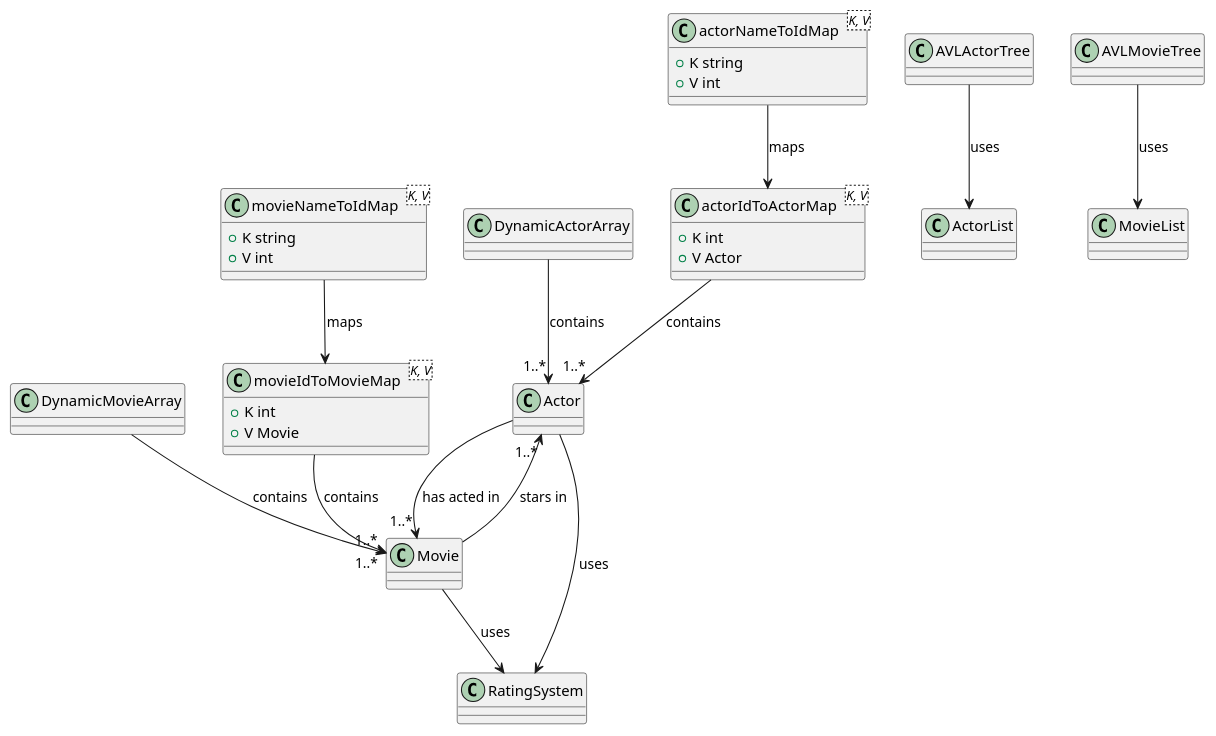
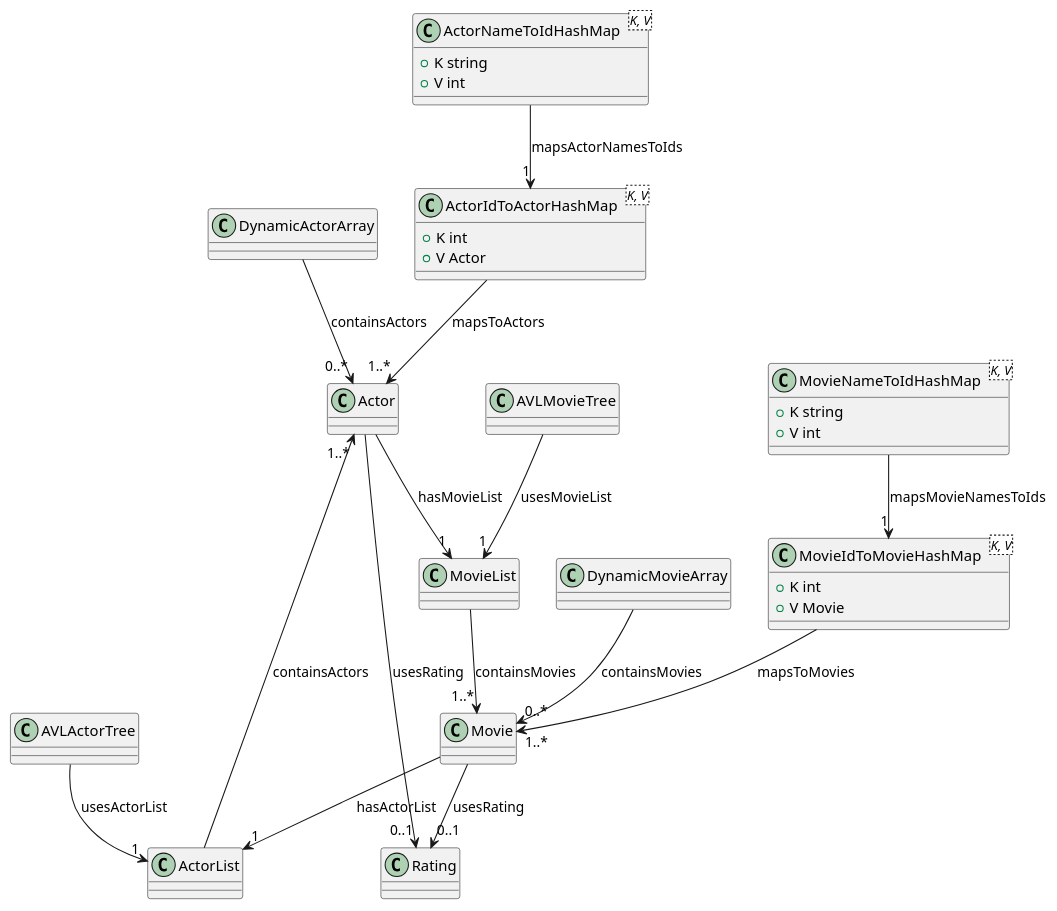
Before and after one commit to tevelsho/np-dsa: the diagram in puml/diagram.puml, drawn with PlantUML. The commit also changed 2 other files, not shown here.

```diff
--- a/puml/diagram.puml
+++ b/puml/diagram.puml
@@ -1,65 +1,68 @@
 @startuml
 
 ' ==============================
 ' Core Entities
 ' ==============================
 class Actor { }
 class Movie { }
-class RatingSystem { }
+class Rating { }
 
 ' ==============================
 ' Lists and Dynamic Arrays
 ' ==============================
 class ActorList { }
 class MovieList { }
 class DynamicActorArray { }
 class DynamicMovieArray { }
 
 ' ==============================
 ' AVL Trees
 ' ==============================
 class AVLActorTree { }
 class AVLMovieTree { }
 
 ' ==============================
-' Dictionary Mappings
+' HashMap Mappings
 ' ==============================
-class actorIdToActorMap<K, V> {
+class ActorNameToIdHashMap<K, V> {
+    + K string
+    + V int
+}
+class ActorIdToActorHashMap<K, V> {
     + K int
     + V Actor
 }
-class actorNameToIdMap<K, V> {
+class MovieNameToIdHashMap<K, V> {
     + K string
     + V int
 }
-class movieIdToMovieMap<K, V> {
+class MovieIdToMovieHashMap<K, V> {
     + K int
     + V Movie
-}
-class movieNameToIdMap<K, V> {
-    + K string
-    + V int
 }
 
 ' ==============================
 ' Relationships
 ' ==============================
-Actor --> "1..*" Movie : has acted in
-Movie --> "1..*" Actor : stars in
+Movie --> "1" ActorList : hasActorList
+ActorList --> "1..*" Actor : containsActors
 
-Actor --> RatingSystem : uses
-Movie --> RatingSystem : uses
+Actor --> "1" MovieList : hasMovieList
+MovieList --> "1..*" Movie : containsMovies
 
-DynamicActorArray --> "1..*" Actor : contains
-DynamicMovieArray --> "1..*" Movie : contains
+Actor --> "0..1" Rating : usesRating
+Movie --> "0..1" Rating : usesRating
 
-actorIdToActorMap --> "1..*" Actor : contains
-movieIdToMovieMap --> "1..*" Movie : contains
+DynamicActorArray --> "0..*" Actor : containsActors
+DynamicMovieArray --> "0..*" Movie : containsMovies
 
-actorNameToIdMap --> actorIdToActorMap : maps
-movieNameToIdMap --> movieIdToMovieMap : maps
+ActorNameToIdHashMap --> "1" ActorIdToActorHashMap : mapsActorNamesToIds
+MovieNameToIdHashMap --> "1" MovieIdToMovieHashMap : mapsMovieNamesToIds
 
-AVLActorTree --> ActorList : uses
-AVLMovieTree --> MovieList : uses
+ActorIdToActorHashMap --> "1..*" Actor : mapsToActors
+MovieIdToMovieHashMap --> "1..*" Movie : mapsToMovies
+
+AVLActorTree --> "1" ActorList : usesActorList
+AVLMovieTree --> "1" MovieList : usesMovieList
 
 @enduml
```
